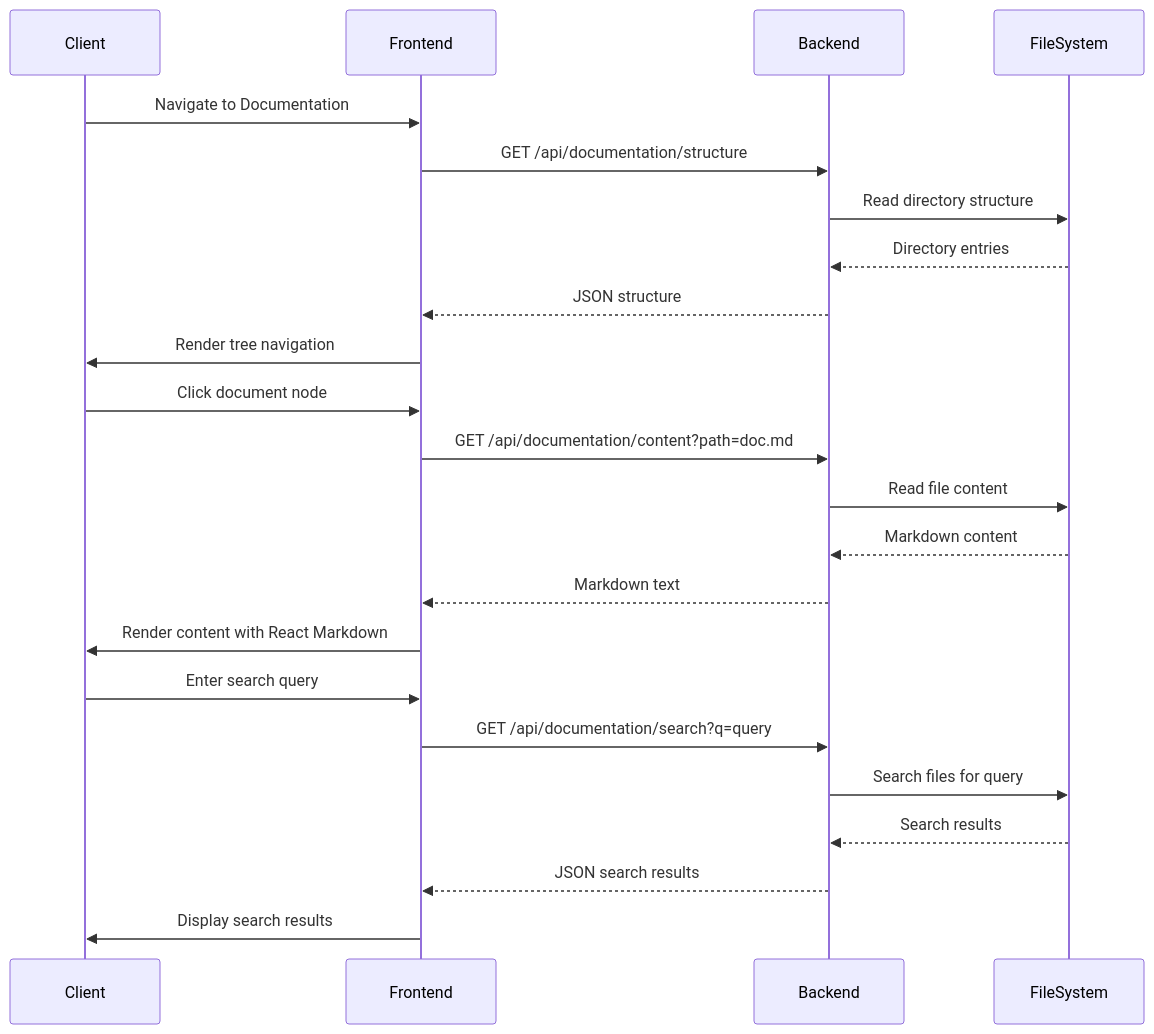
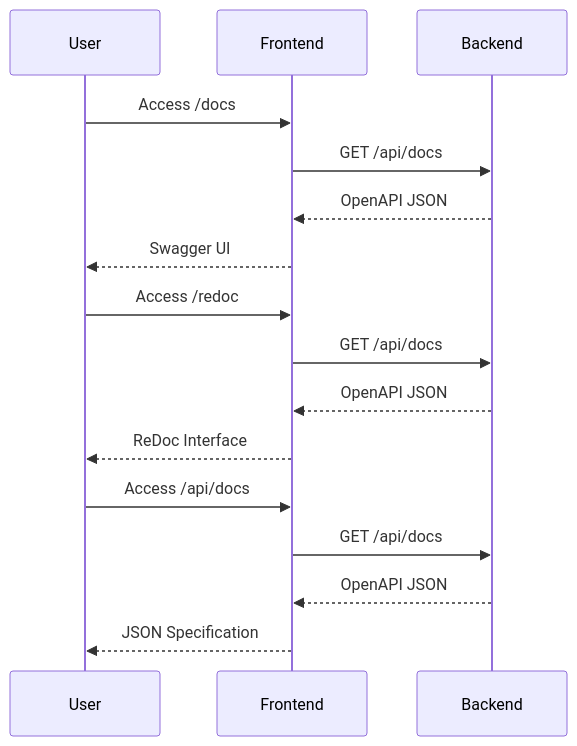
Before and after one commit to gaigenticai/Regulens: the fifth of 6 diagrams in .qoder/repowiki/en/content/Documentation System.md, drawn with Mermaid. The commit also changed other lines of this file and 3 other files, not shown here.

````diff
--- a/.qoder/repowiki/en/content/Documentation System.md
+++ b/.qoder/repowiki/en/content/Documentation System.md
@@ -138,25 +157,18 @@
 ```mermaid
 sequenceDiagram
-participant Client
+participant User
 participant Frontend
 participant Backend
-participant FileSystem
-Client->>Frontend : Navigate to Documentation
-Frontend->>Backend : GET /api/documentation/structure
-Backend->>FileSystem : Read directory structure
-FileSystem-->>Backend : Directory entries
-Backend-->>Frontend : JSON structure
-Frontend->>Client : Render tree navigation
-Client->>Frontend : Click document node
-Frontend->>Backend : GET /api/documentation/content?path=doc.md
-Backend->>FileSystem : Read file content
-FileSystem-->>Backend : Markdown content
-Backend-->>Frontend : Markdown text
-Frontend->>Client : Render content with React Markdown
-Client->>Frontend : Enter search query
-Frontend->>Backend : GET /api/documentation/search?q=query
-Backend->>FileSystem : Search files for query
-FileSystem-->>Backend : Search results
-Backend-->>Frontend : JSON search results
-Frontend->>Client : Display search results
+User->>Frontend : Access /docs
+Frontend->>Backend : GET /api/docs
+Backend-->>Frontend : OpenAPI JSON
+Frontend-->>User : Swagger UI
+User->>Frontend : Access /redoc
+Frontend->>Backend : GET /api/docs
+Backend-->>Frontend : OpenAPI JSON
+Frontend-->>User : ReDoc Interface
+User->>Frontend : Access /api/docs
+Frontend->>Backend : GET /api/docs
+Backend-->>Frontend : OpenAPI JSON
+Frontend-->>User : JSON Specification
 ```
````
